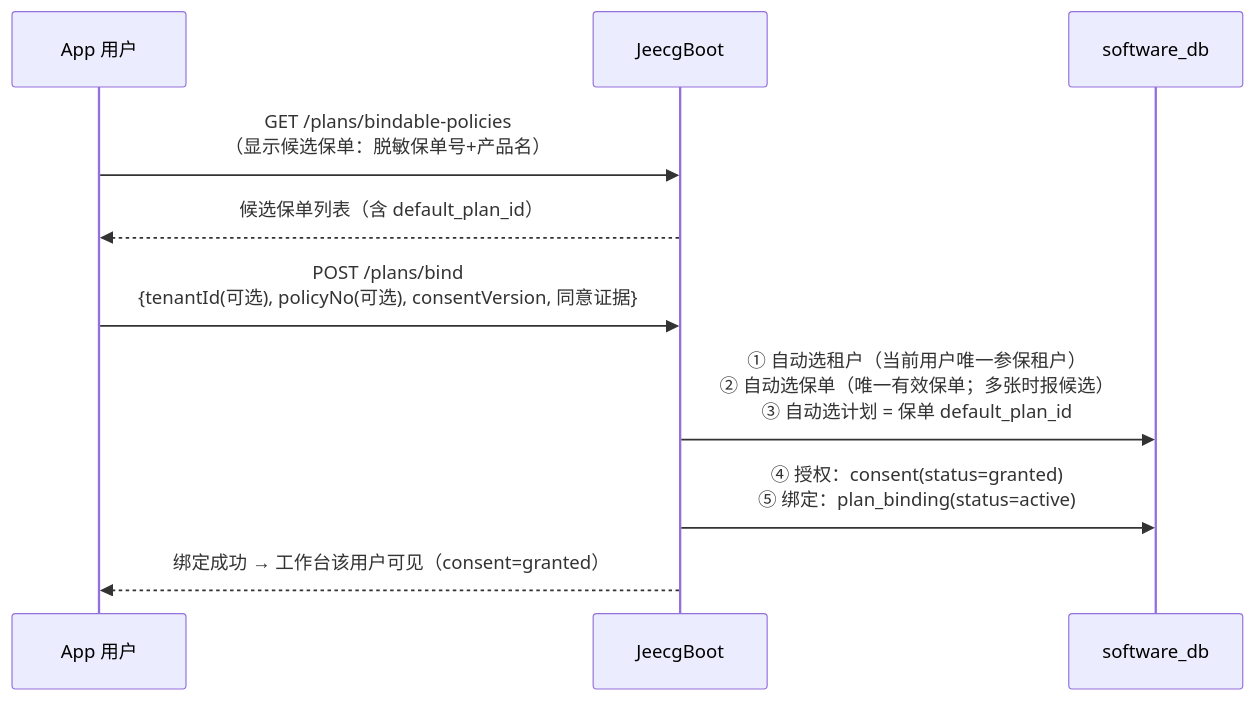
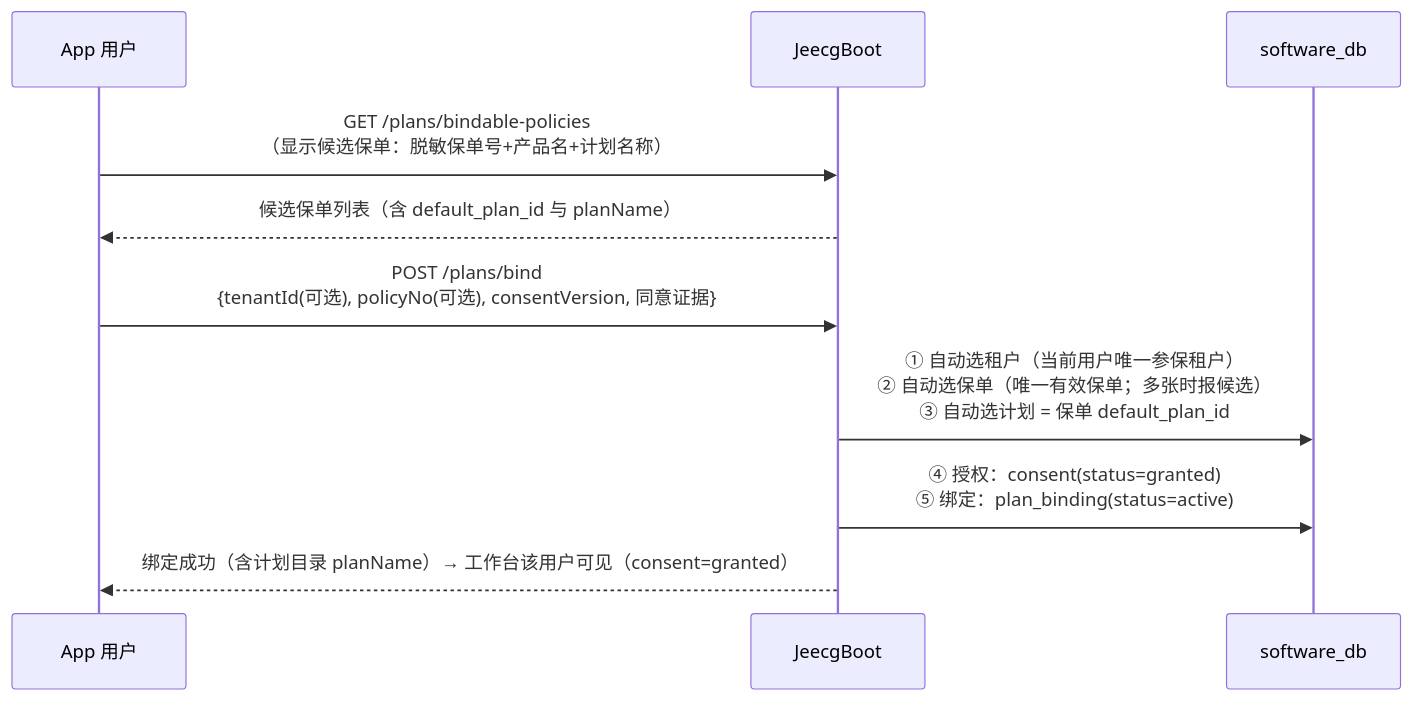
The fourth of 5 diagrams in docs/保险侧保单数据设计.md (wjmlong/rehealth_tongbu), drawn with Mermaid before and after one commit. The commit also changed other lines of this file and 11 other files, not shown here.

````diff
--- a/docs/保险侧保单数据设计.md
+++ b/docs/保险侧保单数据设计.md
@@ -117,12 +126,12 @@
 ```mermaid
 sequenceDiagram
     participant APP as App 用户
     participant JEE as JeecgBoot
     participant DB as software_db
-    APP->>JEE: GET /plans/bindable-policies<br>（显示候选保单：脱敏保单号+产品名）
-    JEE-->>APP: 候选保单列表（含 default_plan_id）
+    APP->>JEE: GET /plans/bindable-policies<br>（显示候选保单：脱敏保单号+产品名+计划名称）
+    JEE-->>APP: 候选保单列表（含 default_plan_id 与 planName）
     APP->>JEE: POST /plans/bind<br>{tenantId(可选), policyNo(可选), consentVersion, 同意证据}
     JEE->>DB: ① 自动选租户（当前用户唯一参保租户）<br>② 自动选保单（唯一有效保单；多张时报候选）<br>③ 自动选计划 = 保单 default_plan_id
     JEE->>DB: ④ 授权：consent(status=granted)<br>⑤ 绑定：plan_binding(status=active)
-    JEE-->>APP: 绑定成功 → 工作台该用户可见（consent=granted）
+    JEE-->>APP: 绑定成功（含计划目录 planName）→ 工作台该用户可见（consent=granted）
 ```
````
